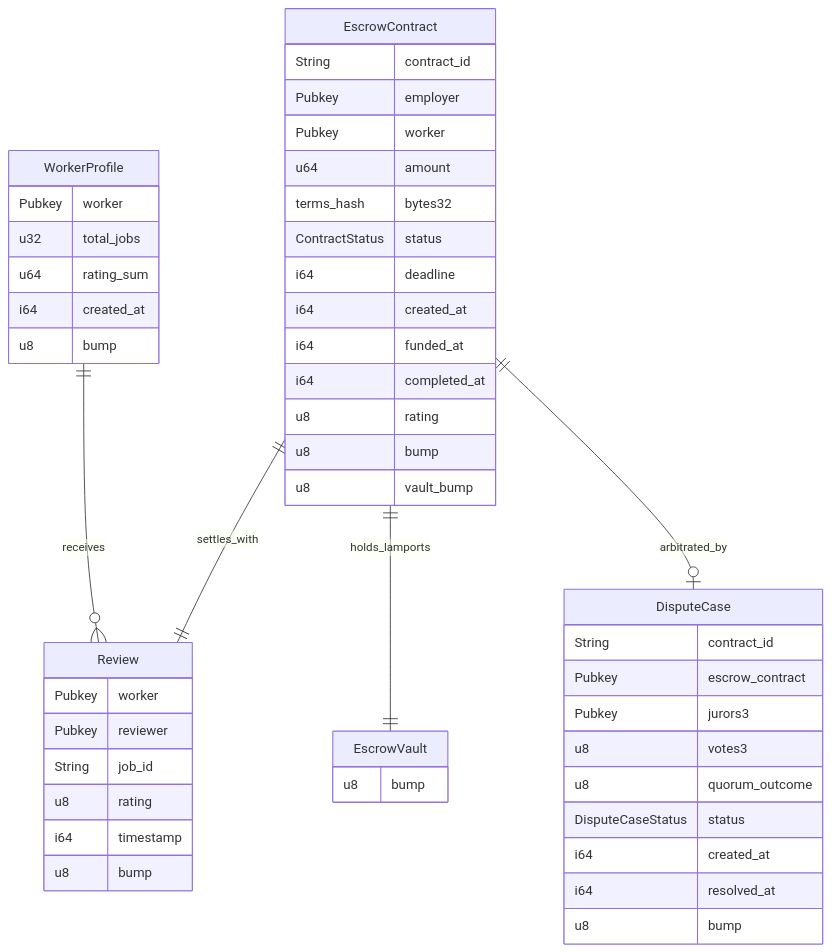
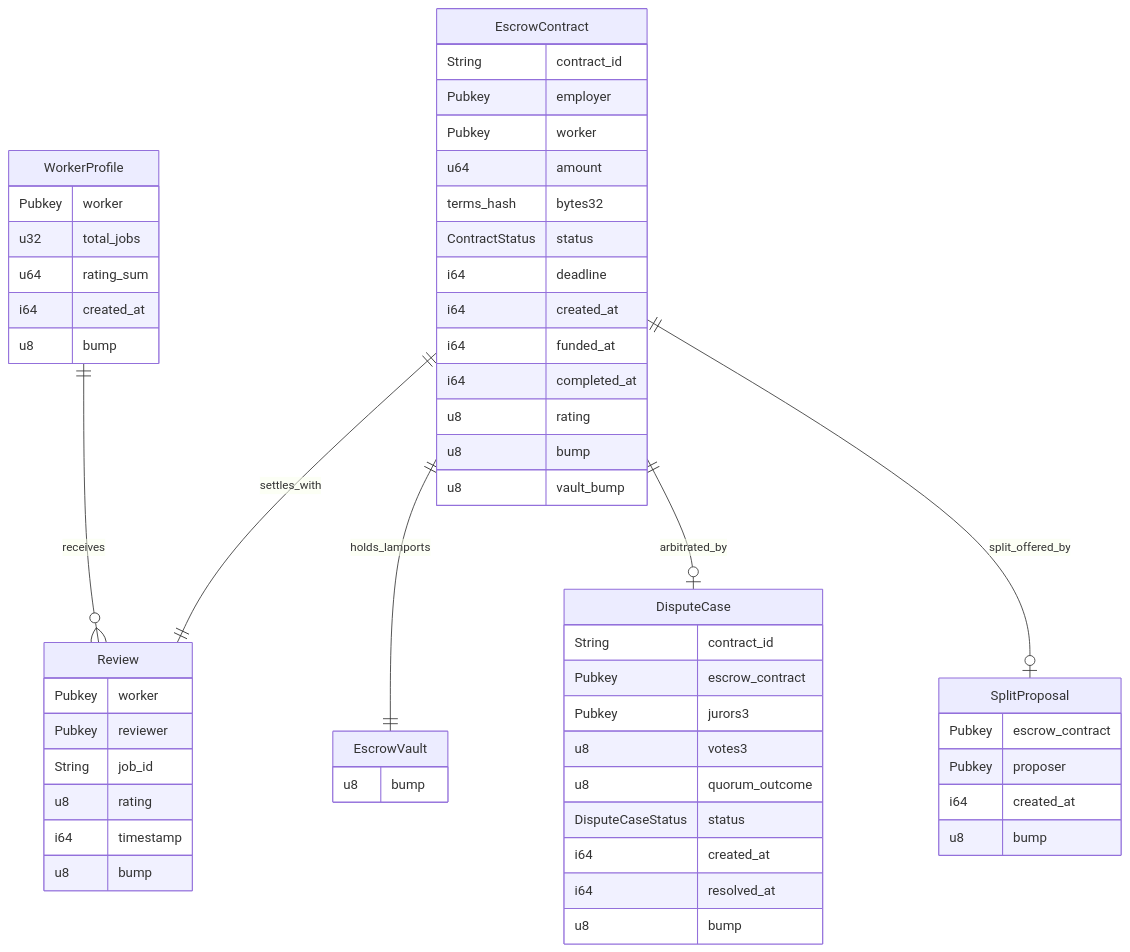
The diagram in docs/PROGRAM_SPEC.md (adewuyito/ClockIn), drawn with Mermaid before and after one commit. The commit also changed other lines of this file and 20 other files, not shown here.

````diff
--- a/docs/PROGRAM_SPEC.md
+++ b/docs/PROGRAM_SPEC.md
@@ -14,52 +14,59 @@
 ```mermaid
 erDiagram
     WorkerProfile {
         Pubkey worker
         u32 total_jobs
         u64 rating_sum
         i64 created_at
         u8 bump
     }
     Review {
         Pubkey worker
         Pubkey reviewer
         String job_id
         u8 rating
         i64 timestamp
         u8 bump
     }
     EscrowContract {
         String contract_id
         Pubkey employer
         Pubkey worker
         u64 amount
         terms_hash bytes32
         ContractStatus status
         i64 deadline
         i64 created_at
         i64 funded_at
         i64 completed_at
         u8 rating
         u8 bump
         u8 vault_bump
     }
     EscrowVault {
         u8 bump
     }
     DisputeCase {
         String contract_id
         Pubkey escrow_contract
         Pubkey jurors3
         u8 votes3
         u8 quorum_outcome
         DisputeCaseStatus status
         i64 created_at
         i64 resolved_at
         u8 bump
     }
 
     WorkerProfile ||--o{ Review : receives
     EscrowContract ||--|| EscrowVault : holds_lamports
     EscrowContract ||--|| Review : settles_with
+    SplitProposal {
+        Pubkey escrow_contract
+        Pubkey proposer
+        i64 created_at
+        u8 bump
+    }
     EscrowContract ||--o| DisputeCase : arbitrated_by
+    EscrowContract ||--o| SplitProposal : split_offered_by
 ```
````
